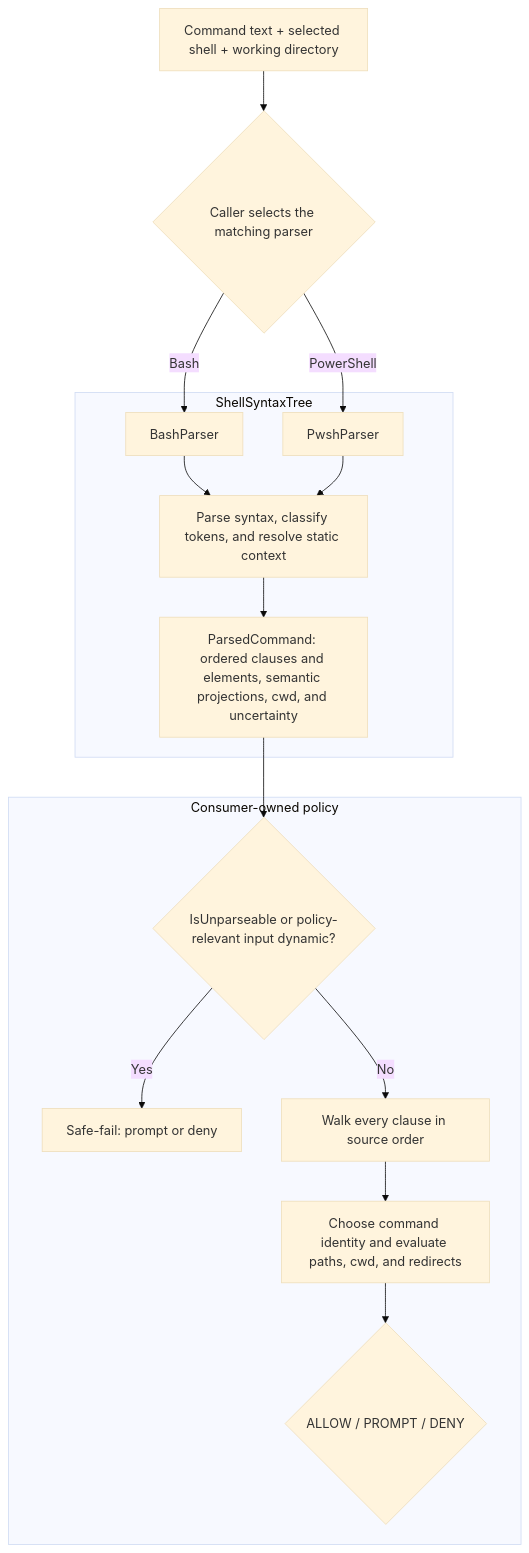
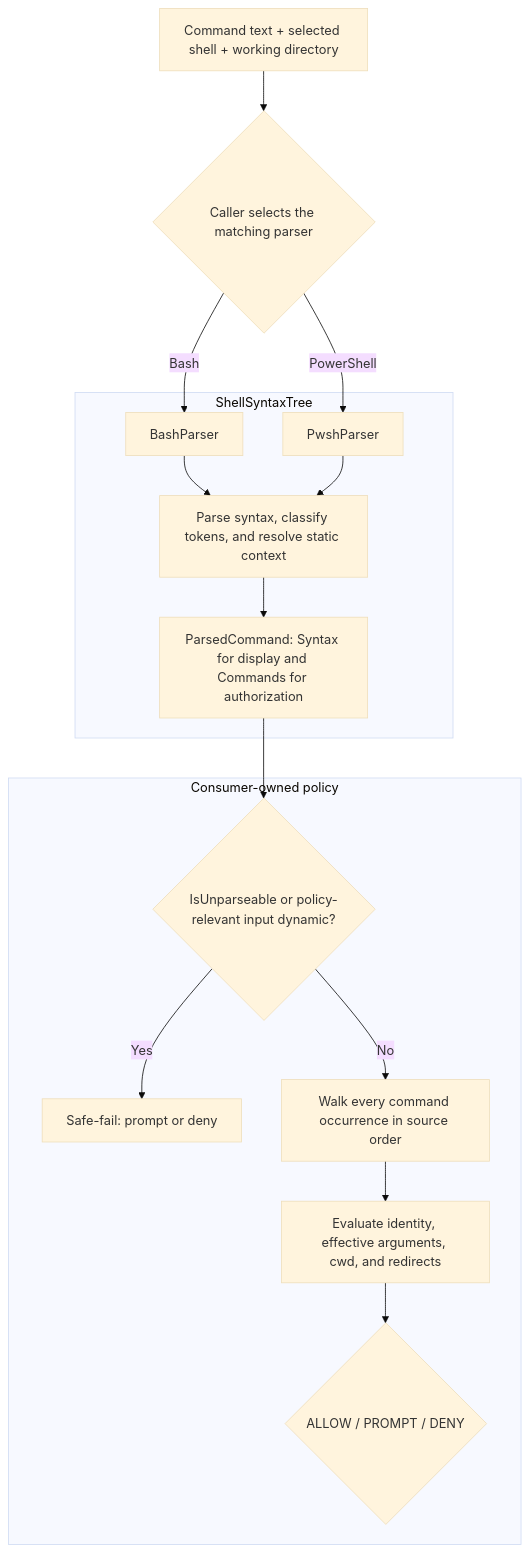
The diagram in docs/CONSUMER_GUIDE.md (Aaronontheweb/ShellSyntaxTree), drawn with Mermaid (base theme) before and after one commit. The commit also changed other lines of this file and 4 other files, not shown here.

````diff
--- a/docs/CONSUMER_GUIDE.md
+++ b/docs/CONSUMER_GUIDE.md
@@ -37,25 +39,25 @@
 ```mermaid
 flowchart TD
     A["Command text + selected shell + working directory"] --> B
     B{"Caller selects the matching parser"}
 
     subgraph SST["ShellSyntaxTree"]
         C["BashParser"]
         D["PwshParser"]
         C --> E["Parse syntax, classify tokens, and resolve static context"]
         D --> E
-        E --> F["ParsedCommand: ordered clauses and elements, semantic projections, cwd, and uncertainty"]
+        E --> F["ParsedCommand: Syntax for display and Commands for authorization"]
     end
 
     subgraph APP["Consumer-owned policy"]
         G{"IsUnparseable or policy-relevant input dynamic?"}
         G -->|Yes| H["Safe-fail: prompt or deny"]
-        G -->|No| I["Walk every clause in source order"]
-        I --> J["Choose command identity and evaluate paths, cwd, and redirects"]
+        G -->|No| I["Walk every command occurrence in source order"]
+        I --> J["Evaluate identity, effective arguments, cwd, and redirects"]
         J --> K{"ALLOW / PROMPT / DENY"}
     end
 
     B -->|Bash| C
     B -->|PowerShell| D
     F --> G
 ```
````
